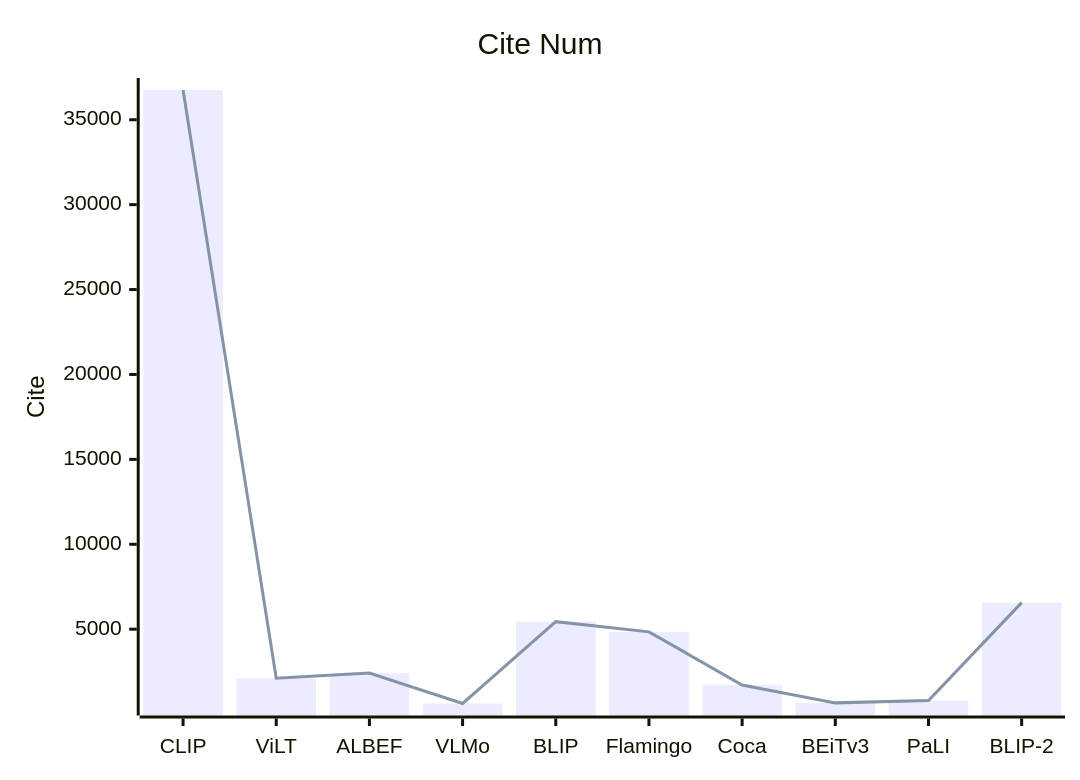
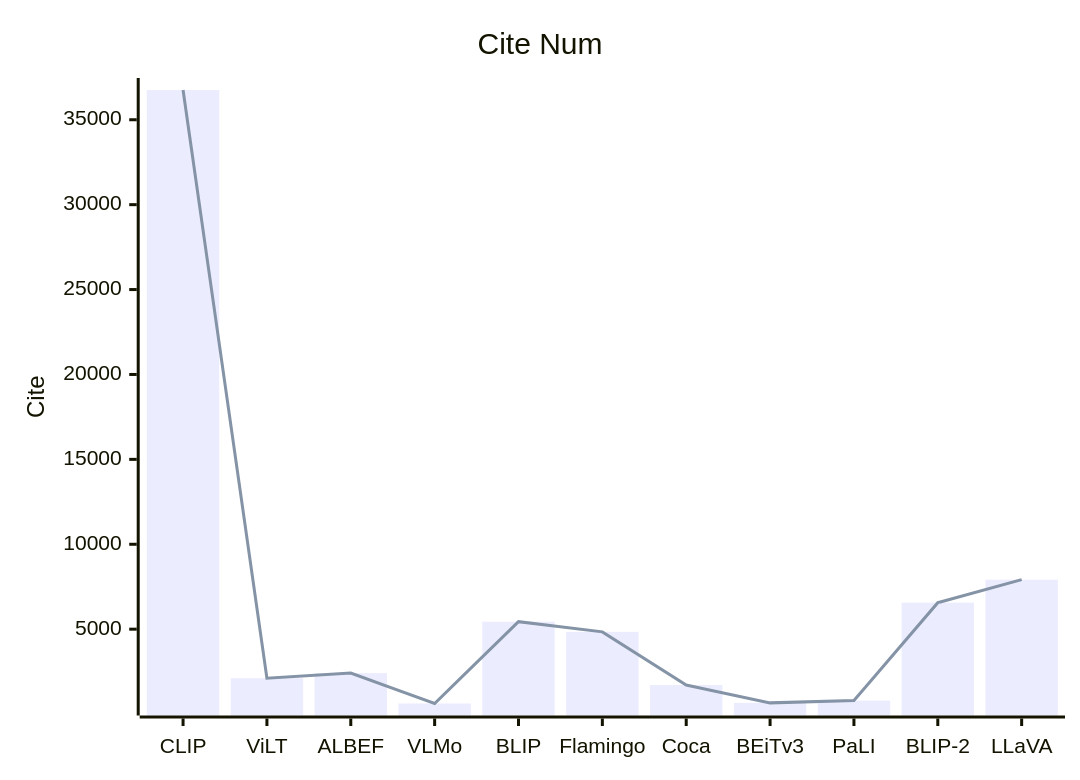
One commit to Elephant-King9/Paper changed the sixth of 6 diagrams in Base_Model/VLM+VLLM/analyse.md. Above: the diagram before and after it, drawn with Mermaid. The commit also changed other lines of this file and 6 other files, not shown here.

````diff
--- a/Base_Model/VLM+VLLM/analyse.md
+++ b/Base_Model/VLM+VLLM/analyse.md
@@ -199,8 +202,8 @@
 ```mermaid
     xychart-beta
     title "Cite Num"
-    x-axis [CLIP, ViLT, ALBEF,VLMo, BLIP,Flamingo,Coca,BEiT v3,PaLI,BLIP-2]
+    x-axis [CLIP, ViLT, ALBEF,VLMo, BLIP,Flamingo,Coca,BEiT v3,PaLI,BLIP-2,LLaVA]
     y-axis "Cite" 
-    bar [36752,2115,2412,623,5442,4842,1710,660,794,6562]
-    line [36752,2115,2412,623,5442,4842,1710,660,794,6562]
+    bar [36752,2115,2412,623,5442,4842,1710,660,794,6562,7915]
+    line [36752,2115,2412,623,5442,4842,1710,660,794,6562,7915]
 ```
````
